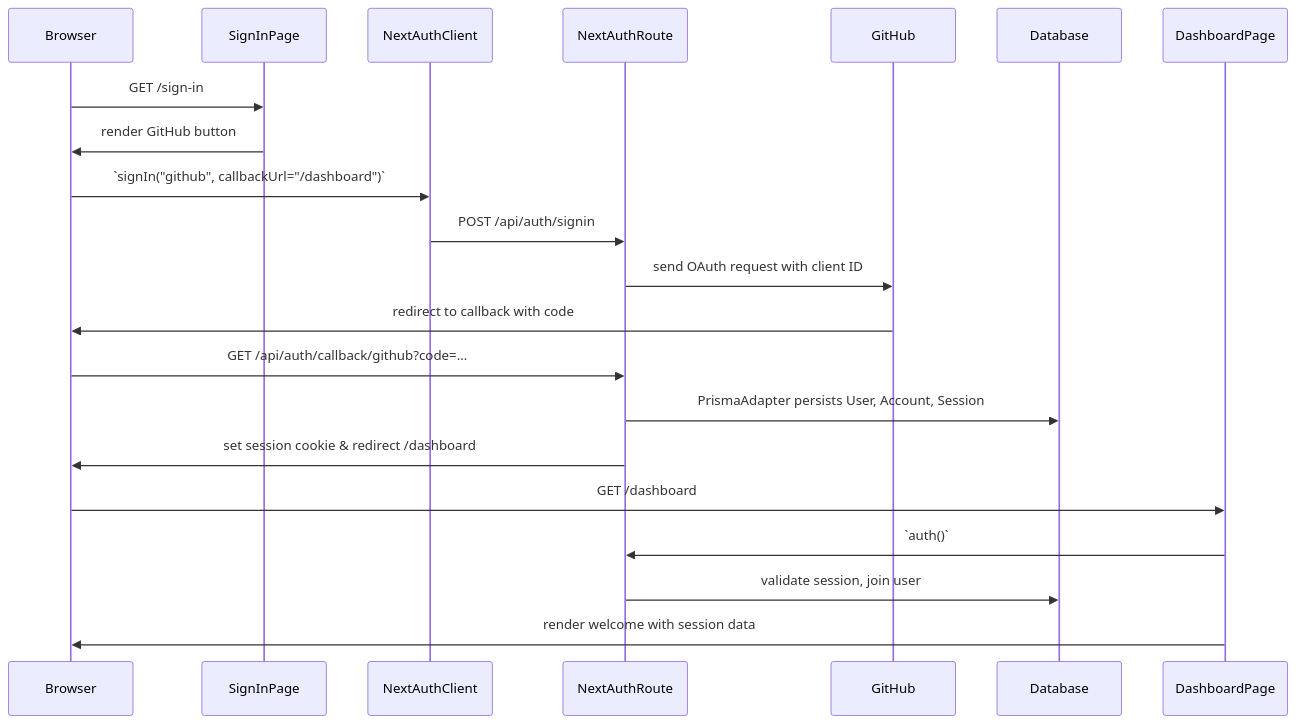
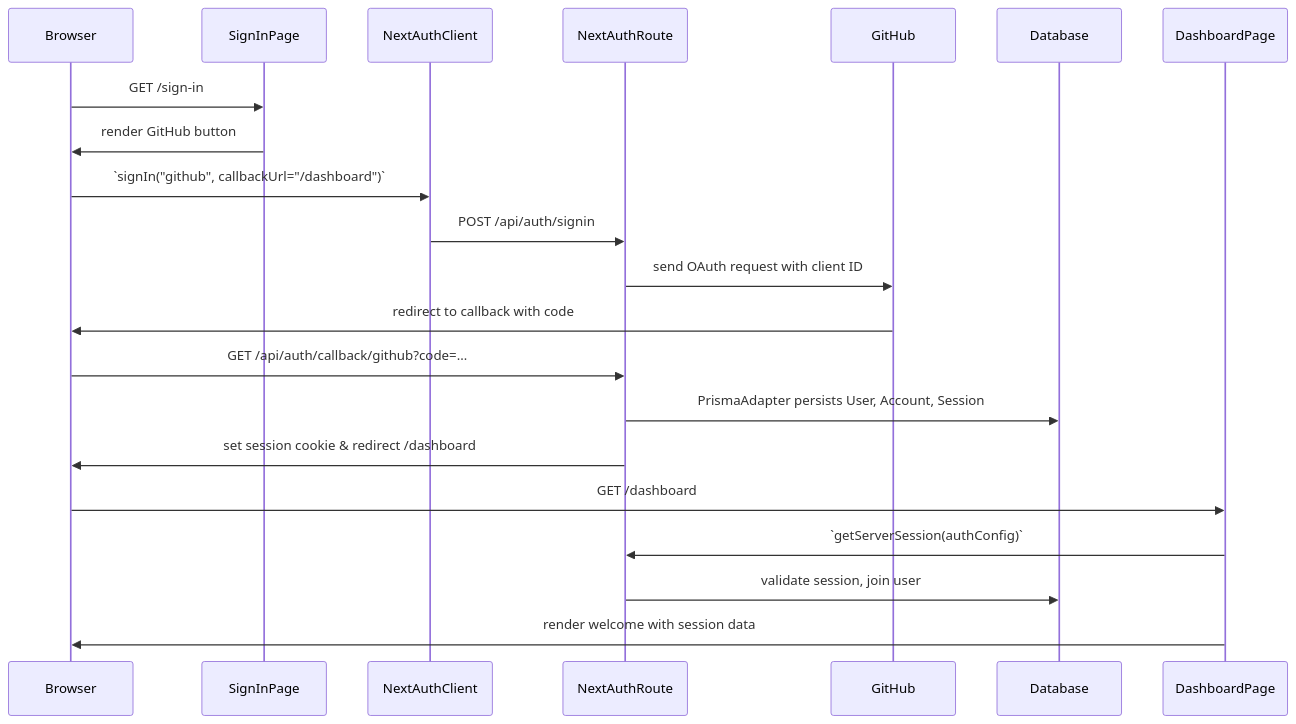
The first of 2 diagrams in docs/auth-flow.md (gianfrancodemarco/xpull), drawn with Mermaid before and after one commit. The commit also changed other lines of this file, not shown here.

Commit message:
docs(auth): refresh flow text

````diff
--- a/docs/auth-flow.md
+++ b/docs/auth-flow.md
@@ -9,23 +9,23 @@
 ```mermaid
 sequenceDiagram
   participant Browser
   participant SignInPage
   participant NextAuthClient
   participant NextAuthRoute
   participant GitHub
   participant Database
 
   Browser->>SignInPage: GET /sign-in
   SignInPage->>Browser: render GitHub button
   Browser->>NextAuthClient: `signIn("github", callbackUrl="/dashboard")`
   NextAuthClient->>NextAuthRoute: POST /api/auth/signin
   NextAuthRoute->>GitHub: send OAuth request with client ID
   GitHub->>Browser: redirect to callback with code
   Browser->>NextAuthRoute: GET /api/auth/callback/github?code=…
   NextAuthRoute->>Database: PrismaAdapter persists User, Account, Session
   NextAuthRoute->>Browser: set session cookie & redirect /dashboard
   Browser->>DashboardPage: GET /dashboard
-  DashboardPage->>NextAuthRoute: `auth()`
+  DashboardPage->>NextAuthRoute: `getServerSession(authConfig)`
   NextAuthRoute->>Database: validate session, join user
   DashboardPage->>Browser: render welcome with session data
 ```
````
